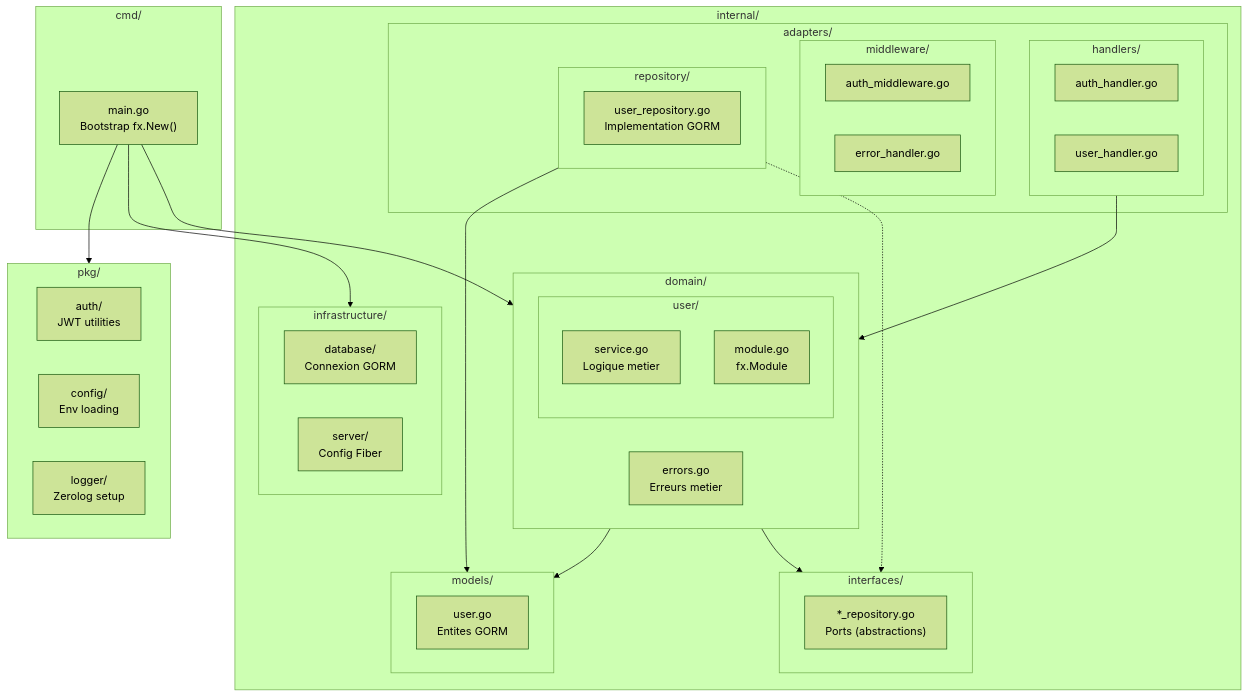
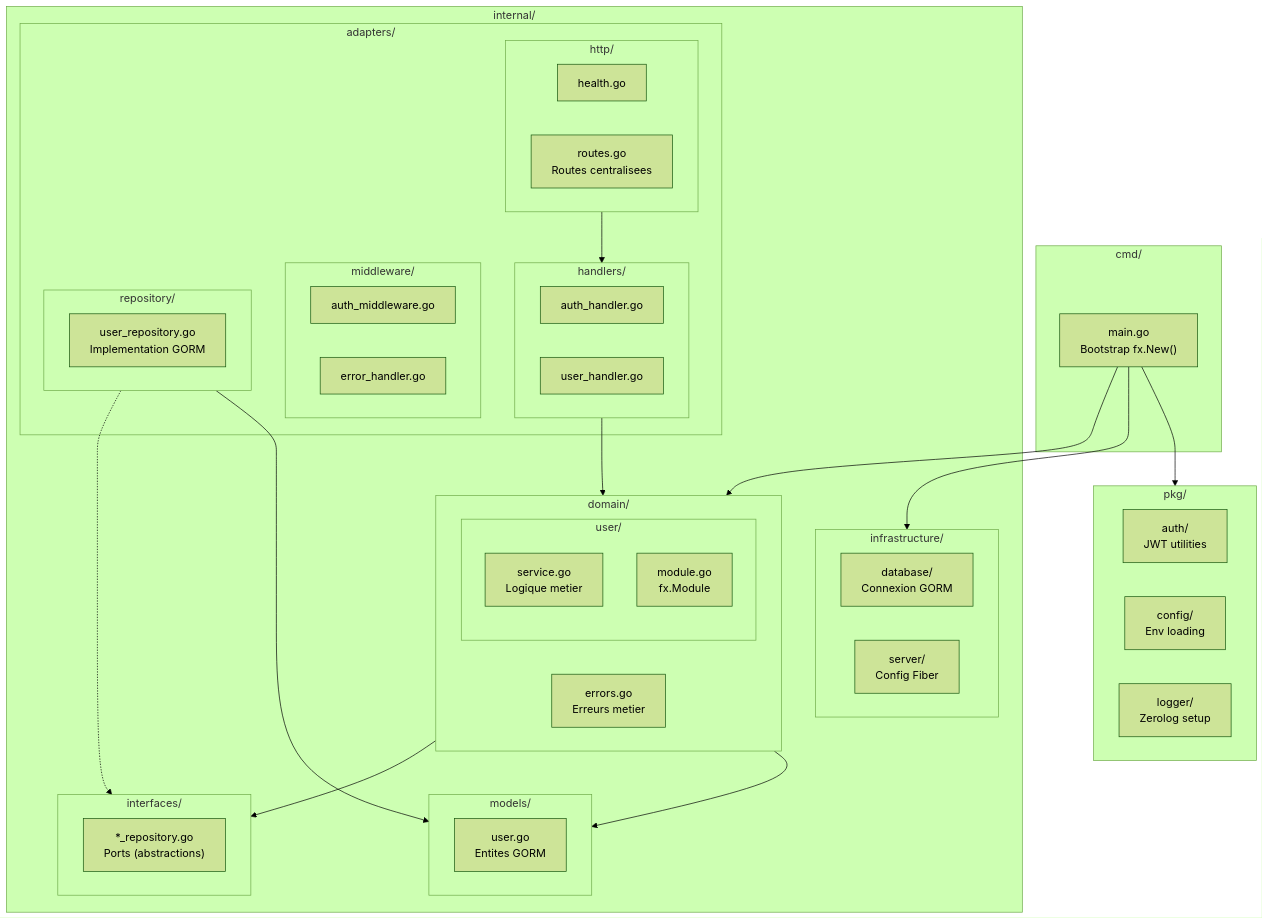
The fourth of 6 diagrams in docs/generated-project-guide.md (tky0065/go-starter-kit), drawn with Mermaid (forest theme) before and after one commit. The commit also changed other lines of this file and 7 other files, not shown here.

First line of the commit message:
refactor: centralize routes in http/routes.go with RegisterRoutes function

````diff
--- a/docs/generated-project-guide.md
+++ b/docs/generated-project-guide.md
@@ -212,58 +212,63 @@
 ```mermaid
 flowchart TD
     subgraph CMD["cmd/"]
         Main["main.go<br/>Bootstrap fx.New()"]
     end
 
     subgraph Internal["internal/"]
         subgraph Models["models/"]
             User["user.go<br/>Entites GORM"]
         end
         
         subgraph Domain["domain/"]
             DErrors["errors.go<br/>Erreurs metier"]
             subgraph UserDomain["user/"]
                 Service["service.go<br/>Logique metier"]
                 Module["module.go<br/>fx.Module"]
             end
         end
         
         subgraph InterfacesPkg["interfaces/"]
             Repos["*_repository.go<br/>Ports (abstractions)"]
         end
         
         subgraph AdaptersPkg["adapters/"]
             subgraph HandlersPkg["handlers/"]
                 AuthH["auth_handler.go"]
                 UserH["user_handler.go"]
             end
+            subgraph HttpPkg["http/"]
+                Health["health.go"]
+                Routes["routes.go<br/>Routes centralisees"]
+            end
             subgraph MiddlewarePkg["middleware/"]
                 AuthM["auth_middleware.go"]
                 ErrorM["error_handler.go"]
             end
             subgraph RepoPkg["repository/"]
                 UserRepo["user_repository.go<br/>Implementation GORM"]
             end
         end
         
         subgraph Infra["infrastructure/"]
             DBPkg["database/<br/>Connexion GORM"]
             ServerPkg["server/<br/>Config Fiber"]
         end
     end
 
     subgraph Pkg["pkg/"]
         AuthPkg["auth/<br/>JWT utilities"]
         ConfigPkg2["config/<br/>Env loading"]
         LoggerPkg["logger/<br/>Zerolog setup"]
     end
 
     Main --> Domain
     Main --> Infra
     Main --> Pkg
     HandlersPkg --> Domain
+    HttpPkg --> HandlersPkg
     Domain --> InterfacesPkg
     RepoPkg -.-> InterfacesPkg
     RepoPkg --> Models
     Domain --> Models
 ```
````
